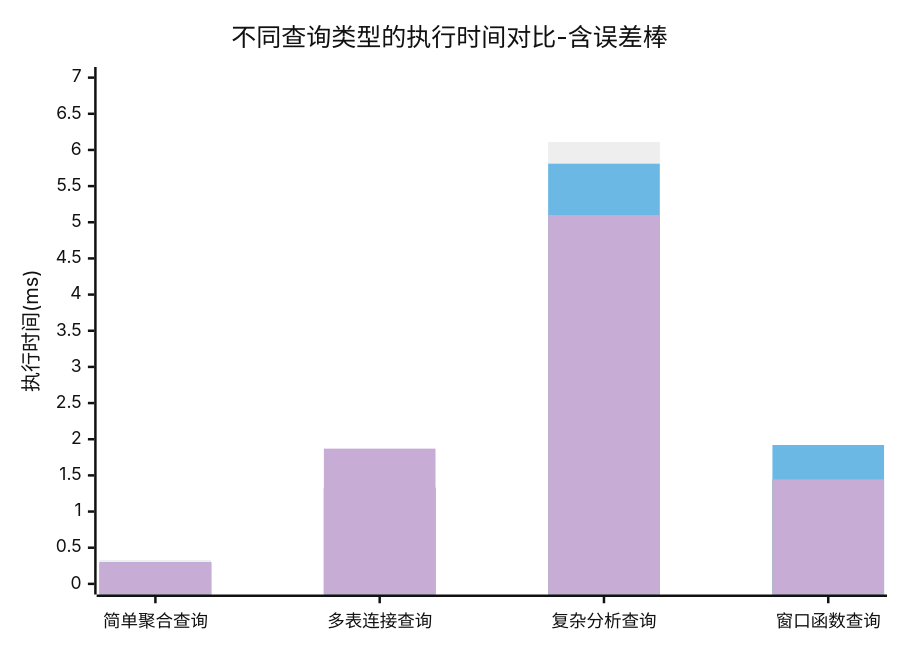
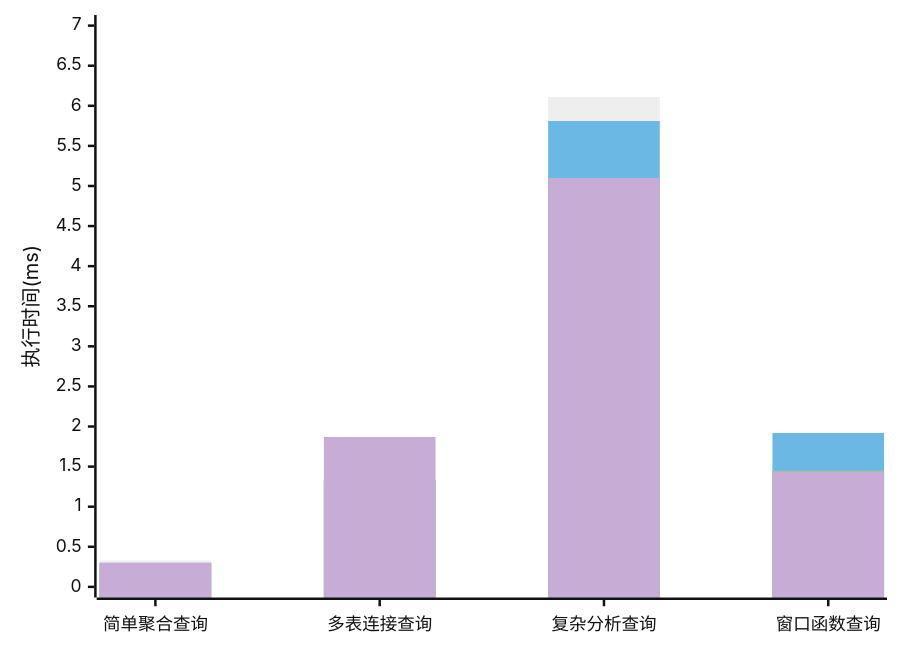
Before and after one commit to crazypenguincode/duckdb: the third of 6 diagrams in md/第六章-实验与分析.md, drawn with Mermaid (neutral theme). The commit also changed other lines of this file and 40 other files, not shown here.

Commit message:
更新图片无边框

````diff
--- a/md/第六章-实验与分析.md
+++ b/md/第六章-实验与分析.md
@@ -127,10 +126,9 @@
 ```mermaid
 xychart-beta
-    title "不同查询类型的执行时间对比-含误差棒"
     x-axis ["简单聚合查询", "多表连接查询", "复杂分析查询", "窗口函数查询"]
     y-axis "执行时间(ms)" 0 --> 7
     bar "10次测试" [0.33, 1.33, 6.11, 1.33]
     bar "50次测试" [0.30, 1.33, 5.81, 1.92]
     bar "100次测试" [0.29, 1.33, 5.03, 1.45]
     bar "200次测试" [0.30, 1.87, 5.10, 1.44]
 ```
````
